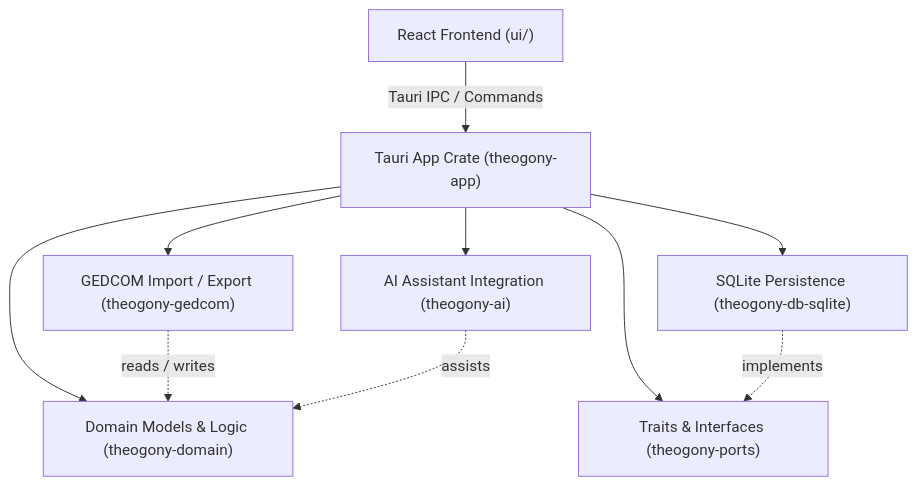
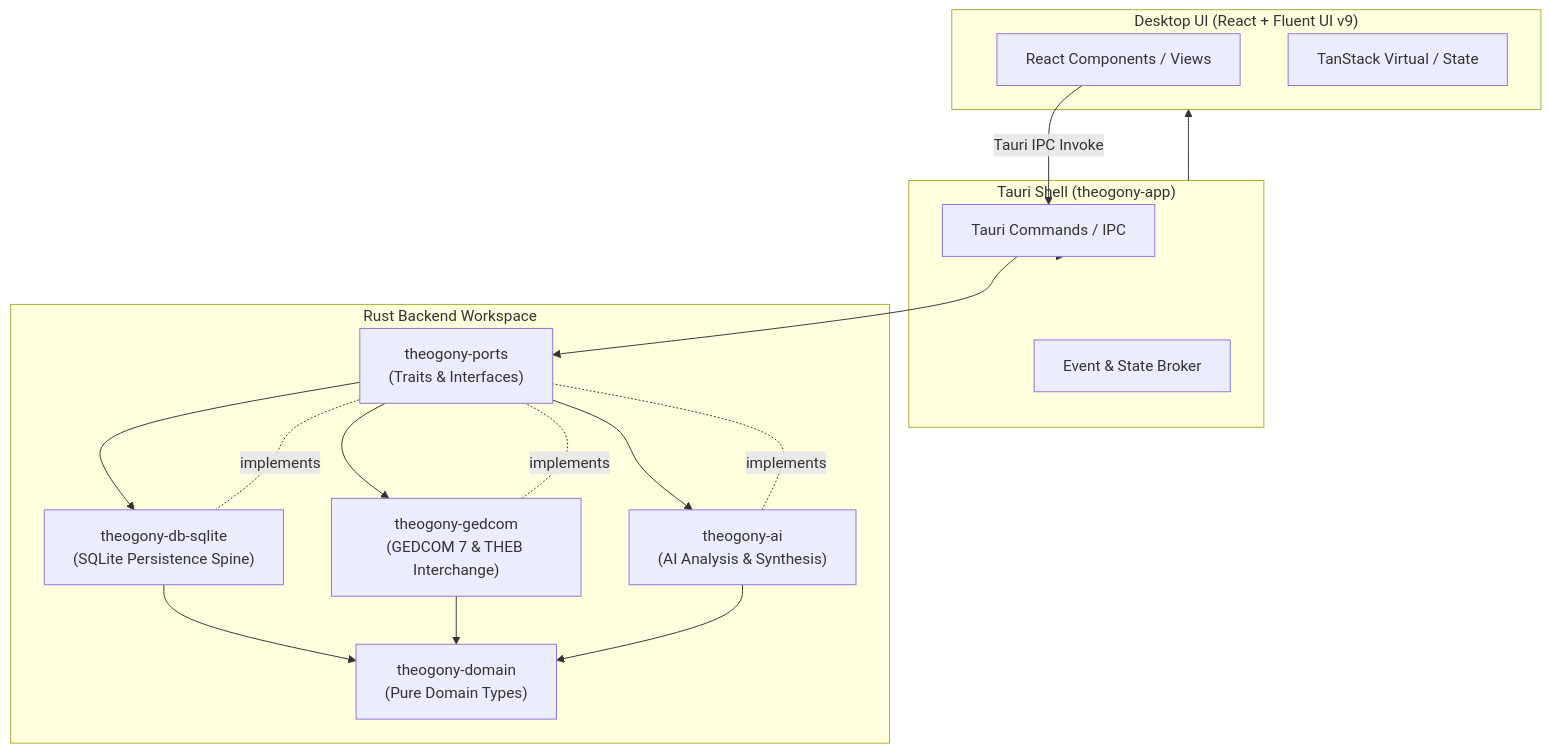
Before and after one commit to alerum68/Theogony: the diagram in openwiki/architecture/system-overview.md, drawn with Mermaid. The commit also changed other lines of this file and 24 other files, not shown here.

````diff
--- a/openwiki/architecture/system-overview.md
+++ b/openwiki/architecture/system-overview.md
@@ -21,12 +29,34 @@
 ```mermaid
 graph TD
-    UI["React Frontend (ui/)"] -->|"Tauri IPC / Commands"| App["Tauri App Crate (theogony-app)"]
-    App --> Domain["Domain Models & Logic (theogony-domain)"]
-    App --> Ports["Traits & Interfaces (theogony-ports)"]
-    App --> DB["SQLite Persistence (theogony-db-sqlite)"]
-    App --> GEDCOM["GEDCOM Import / Export (theogony-gedcom)"]
-    App --> AI["AI Assistant Integration (theogony-ai)"]
-    DB -. implements .-> Ports
-    GEDCOM -. reads / writes .-> Domain
-    AI -. assists .-> Domain
+    subgraph UI ["Desktop UI (React + Fluent UI v9)"]
+        React[React Components / Views]
+        TanStack[TanStack Virtual / State]
+    end
+
+    subgraph Tauri ["Tauri Shell (theogony-app)"]
+        Commands[Tauri Commands / IPC]
+        Events[Event & State Broker]
+    end
+
+    subgraph Backend ["Rust Backend Workspace"]
+        Ports["theogony-ports\n(Traits & Interfaces)"]
+        Domain["theogony-domain\n(Pure Domain Types)"]
+        DB["theogony-db-sqlite\n(SQLite Persistence Spine)"]
+        Gedcom["theogony-gedcom\n(GEDCOM 7 & THEB Interchange)"]
+        AI["theogony-ai\n(AI Analysis & Synthesis)"]
+    end
+
+    React -->|Tauri IPC Invoke| Commands
+    Commands --> Ports
+    Ports --> DB
+    Ports --> Gedcom
+    Ports --> AI
+    DB -. implements .- Ports
+    Gedcom -. implements .- Ports
+    AI -. implements .- Ports
+    DB --> Domain
+    Gedcom --> Domain
+    AI --> Domain
+    Commands --> Tauri
+    Tauri --> UI
 ```
````
